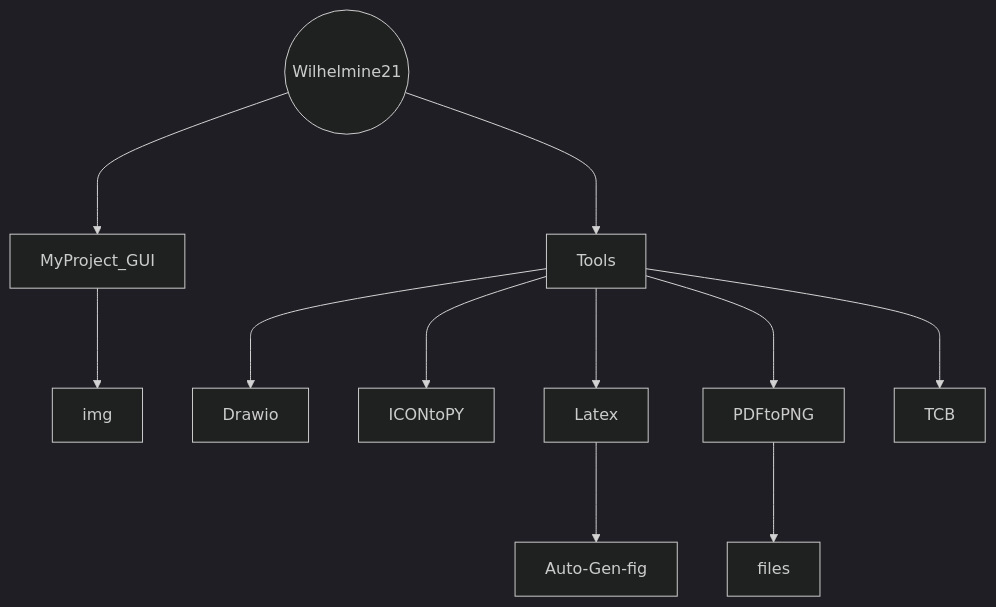
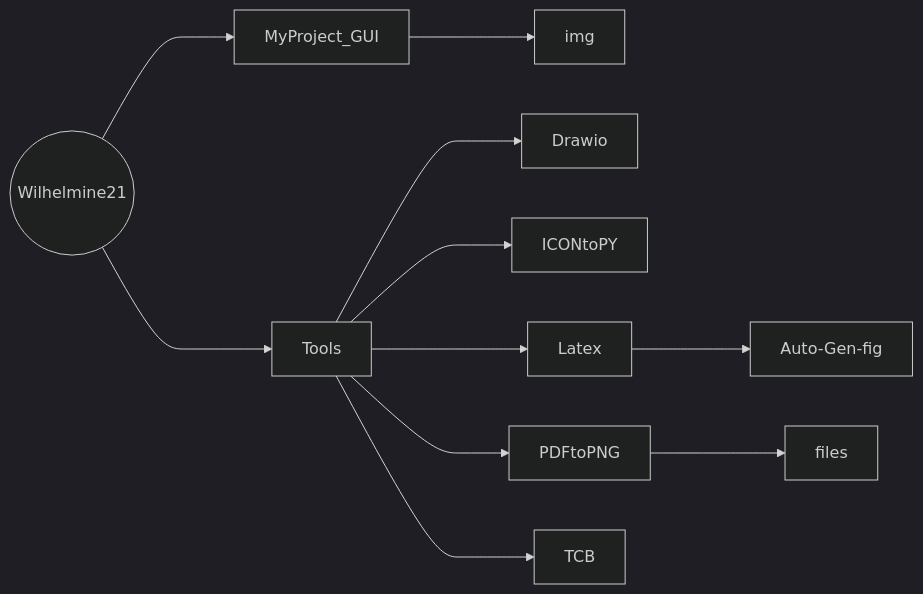
Before and after one commit to Wilhelmine21/Wilhelmine21: the diagram in README.md, drawn with Mermaid (dark theme).

Commit message:
change graph direction(TD -> LR)

````diff
--- a/README.md
+++ b/README.md
@@ -7,16 +7,16 @@
 ```mermaid
-graph TD;
+graph LR;
 Wilhelmine21((Wilhelmine21)) ---> MyProject_GUI
 Wilhelmine21((Wilhelmine21)) ---> Tools
 
 MyProject_GUI ---> img
 
 Tools ---> Drawio
 Tools ---> ICONtoPY
 Tools ---> Latex
 Tools ---> PDFtoPNG
 Tools ---> TCB
 
 PDFtoPNG ---> files
 Latex ---> Auto-Gen-fig
 ```
````
